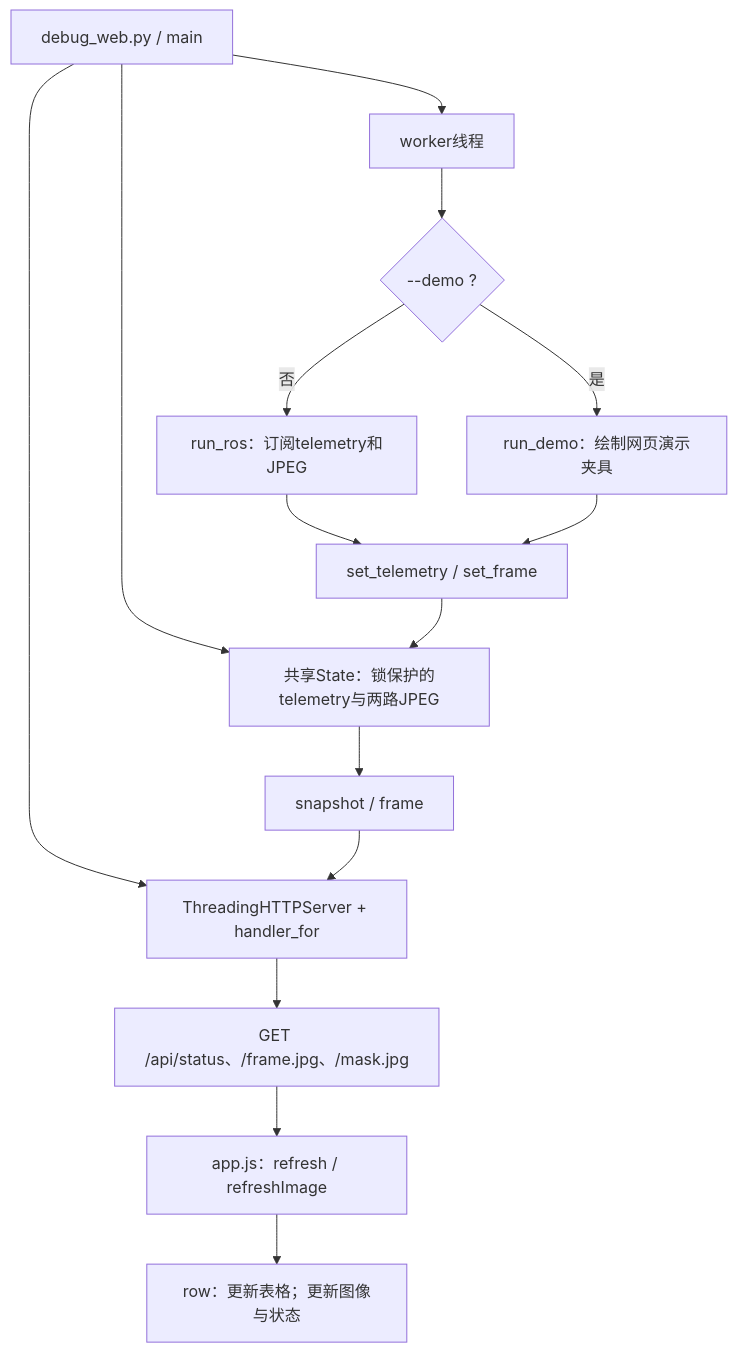
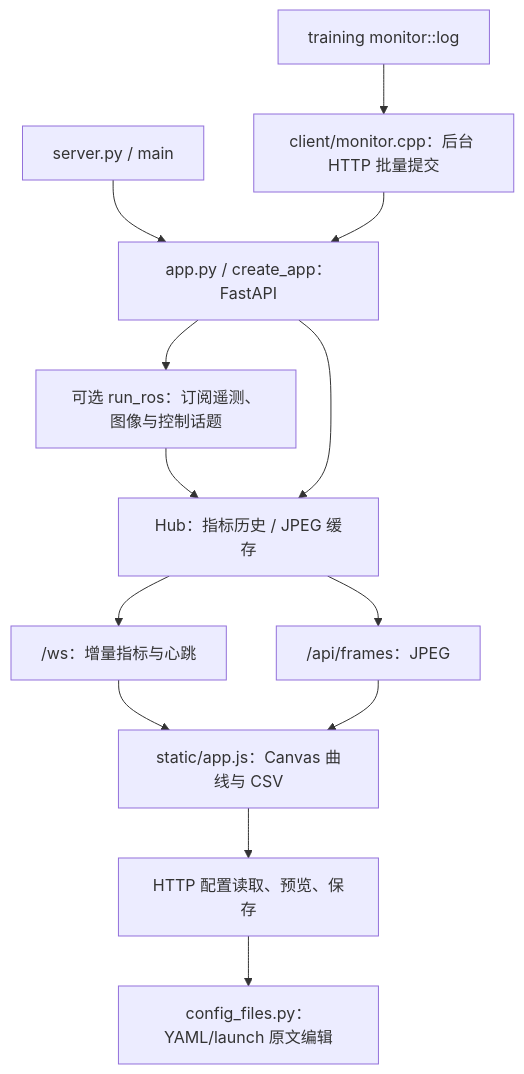
One commit to KrazyKavier123/RM_AA_TEST changed diagram 13 of 13 in docs/current_pipeline_analysis.md. Above: the diagram before and after it, drawn with Mermaid. The commit also changed other lines of this file and 87 other files, not shown here.

````diff
--- a/docs/current_pipeline_analysis.md
+++ b/docs/current_pipeline_analysis.md
@@ -490,17 +497,15 @@
 ```mermaid
 flowchart TB
-  Main["debug_web.py / main"] --> State["共享State：锁保护的telemetry与两路JPEG"]
-  Main --> Worker["worker线程"]
-  Worker --> Mode{"--demo ?"}
-  Mode -- "否" --> ROS["run_ros：订阅telemetry和JPEG"]
-  Mode -- "是" --> Demo["run_demo：绘制网页演示夹具"]
-  ROS --> Set["set_telemetry / set_frame"]
-  Demo --> Set
-  Set --> State
-  Main --> Server["ThreadingHTTPServer + handler_for"]
-  State --> Get["snapshot / frame"]
-  Get --> Server
-  Server --> Routes["GET /api/status、/frame.jpg、/mask.jpg"]
-  Routes --> JS["app.js：refresh / refreshImage"]
-  JS --> DOM["row：更新表格；更新图像与状态"]
+  Main["server.py / main"] --> Server["app.py / create_app：FastAPI"]
+  Server --> ROS["可选 run_ros：订阅遥测、图像与控制话题"]
+  ROS --> Hub["Hub：指标历史 / JPEG 缓存"]
+  Training["training monitor::log"] --> Client["client/monitor.cpp：后台 HTTP 批量提交"]
+  Client --> Server
+  Server --> Hub
+  Hub --> WS["/ws：增量指标与心跳"]
+  Hub --> JPEG["/api/frames：JPEG"]
+  WS --> JS["static/app.js：Canvas 曲线与 CSV"]
+  JPEG --> JS
+  JS --> Config["HTTP 配置读取、预览、保存"]
+  Config --> Files["config_files.py：YAML/launch 原文编辑"]
 ```
````
